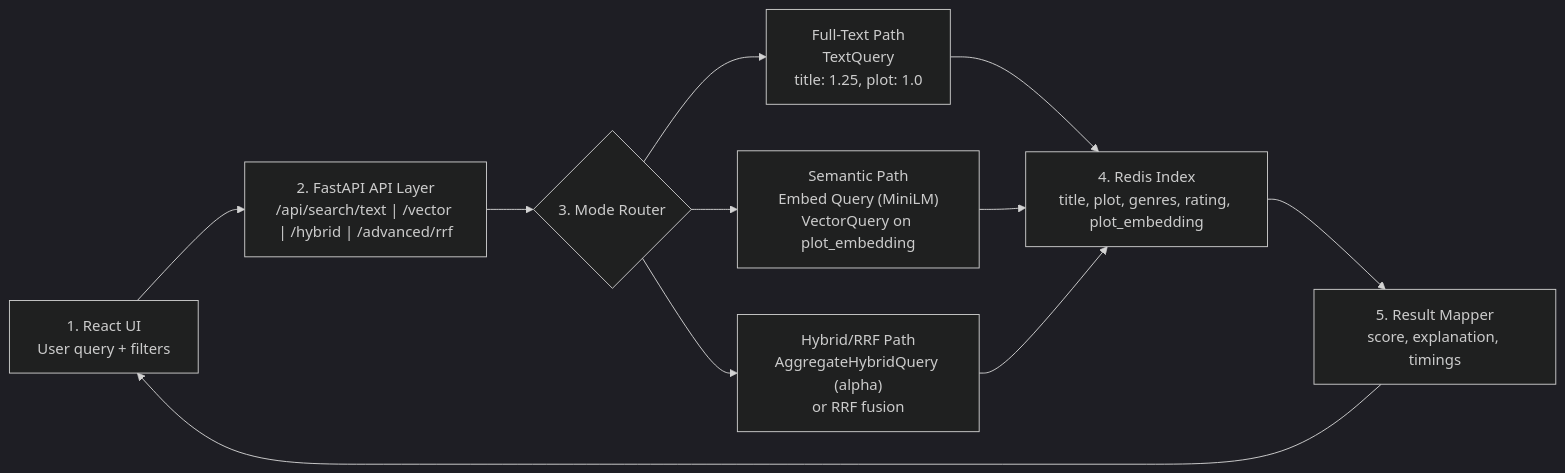
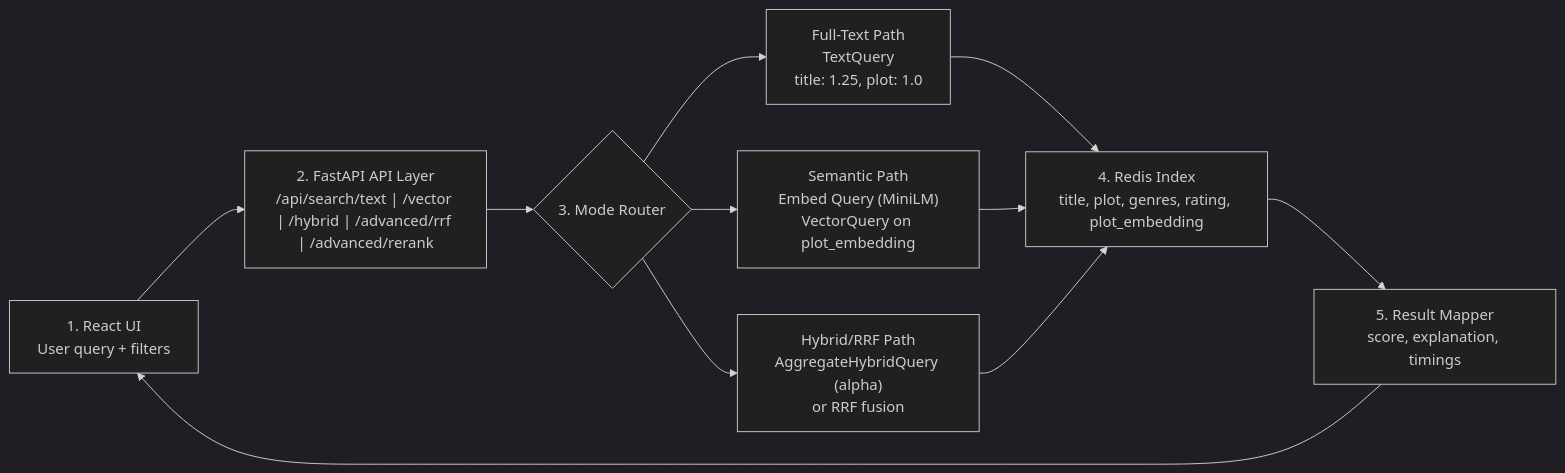
The diagram in docs/architecture-diagram.md (s-agbede/redis-search-py), drawn with Mermaid (dark theme) before and after one commit. The commit also changed 4 other files, not shown here.

````diff
--- a/docs/architecture-diagram.md
+++ b/docs/architecture-diagram.md
@@ -13,16 +13,16 @@
 ```mermaid
 flowchart LR
-    U["1. React UI<br/>User query + filters"] --> A["2. FastAPI API Layer<br/>/api/search/text | /vector | /hybrid | /advanced/rrf"]
+    U["1. React UI<br/>User query + filters"] --> A["2. FastAPI API Layer<br/>/api/search/text | /vector | /hybrid | /advanced/rrf | /advanced/rerank"]
     A --> Q{"3. Mode Router"}
 
     Q --> FT["Full-Text Path<br/>TextQuery<br/>title: 1.25, plot: 1.0"]
     Q --> VS["Semantic Path<br/>Embed Query (MiniLM)<br/>VectorQuery on plot_embedding"]
     Q --> HY["Hybrid/RRF Path<br/>AggregateHybridQuery (alpha)<br/>or RRF fusion"]
 
     FT --> R["4. Redis Index<br/>title, plot, genres, rating, plot_embedding"]
     VS --> R
     HY --> R
 
     R --> M["5. Result Mapper<br/>score, explanation, timings"]
     M --> U
 ```
````
